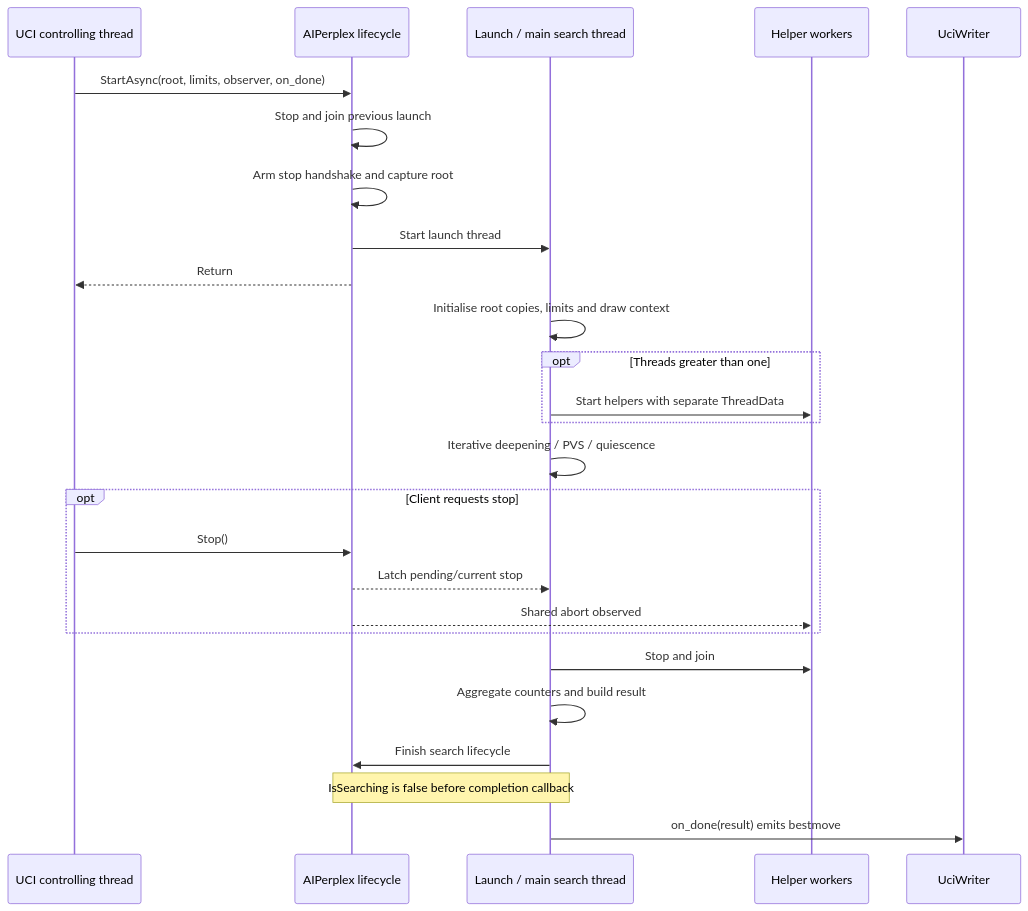
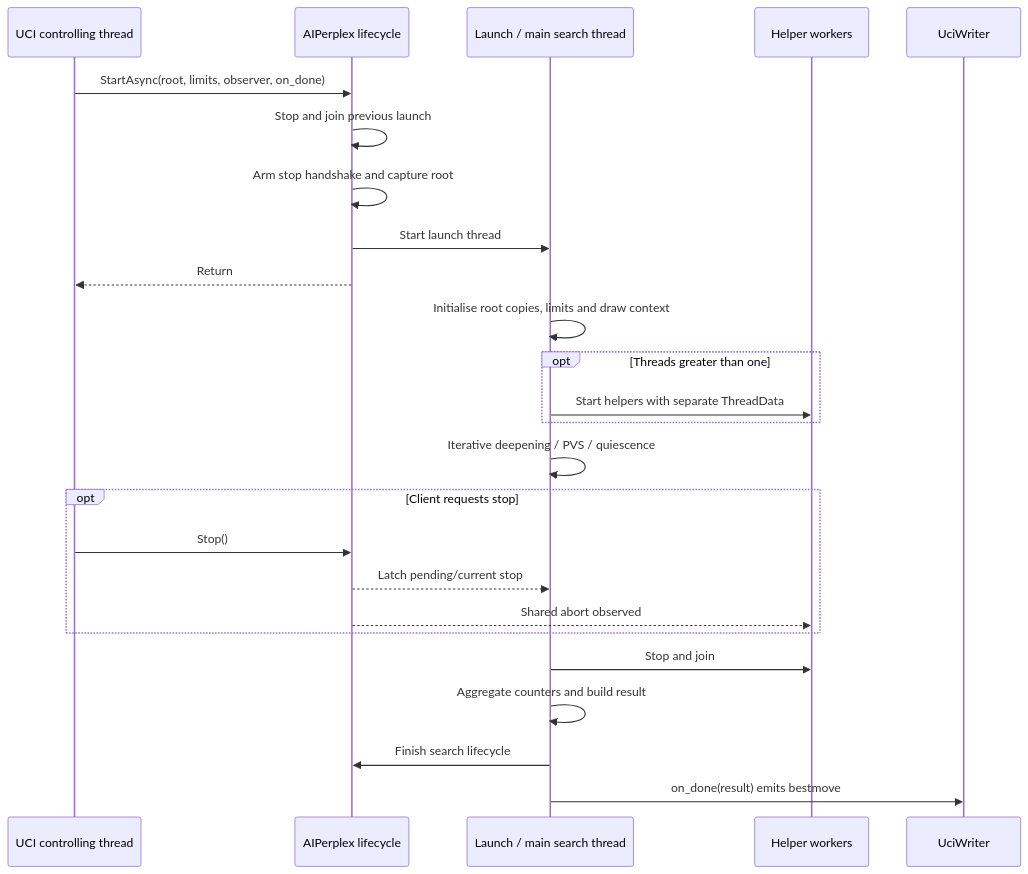
Before and after one commit to theEscape2207/StratChess: the third of 4 diagrams in Docs/Architecture.md, drawn with Mermaid. The commit also changed other lines of this file and 9 other files, not shown here.

Commit message:
Separate architecture, usage and engine contracts

````diff
--- a/Docs/Architecture.md
+++ b/Docs/Architecture.md
@@ -139,28 +158,27 @@
 ```mermaid
 sequenceDiagram
     participant U as UCI controlling thread
     participant A as AIPerplex lifecycle
     participant M as Launch / main search thread
     participant H as Helper workers
     participant W as UciWriter
     U->>A: StartAsync(root, limits, observer, on_done)
     A->>A: Stop and join previous launch
     A->>A: Arm stop handshake and capture root
     A->>M: Start launch thread
     A-->>U: Return
     M->>M: Initialise root copies, limits and draw context
     opt Threads greater than one
         M->>H: Start helpers with separate ThreadData
     end
     M->>M: Iterative deepening / PVS / quiescence
     opt Client requests stop
         U->>A: Stop()
         A-->>M: Latch pending/current stop
         A-->>H: Shared abort observed
     end
     M->>H: Stop and join
     M->>M: Aggregate counters and build result
     M->>A: Finish search lifecycle
-    Note over A,M: IsSearching is false before completion callback
     M->>W: on_done(result) emits bestmove
 ```
````
